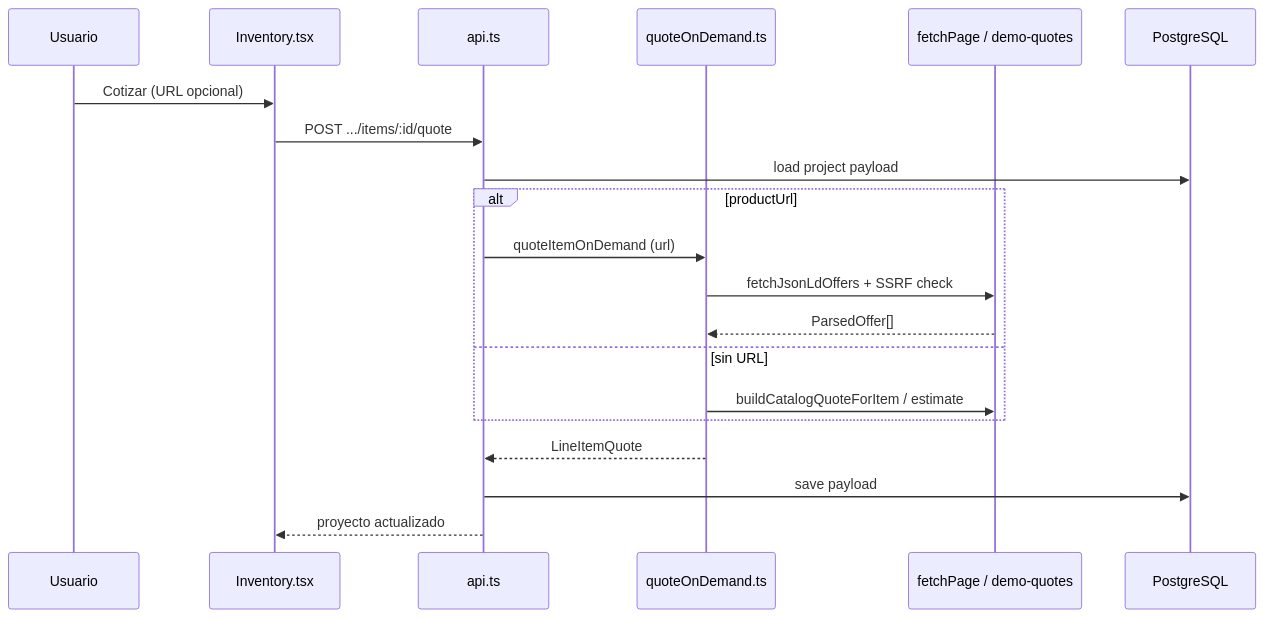
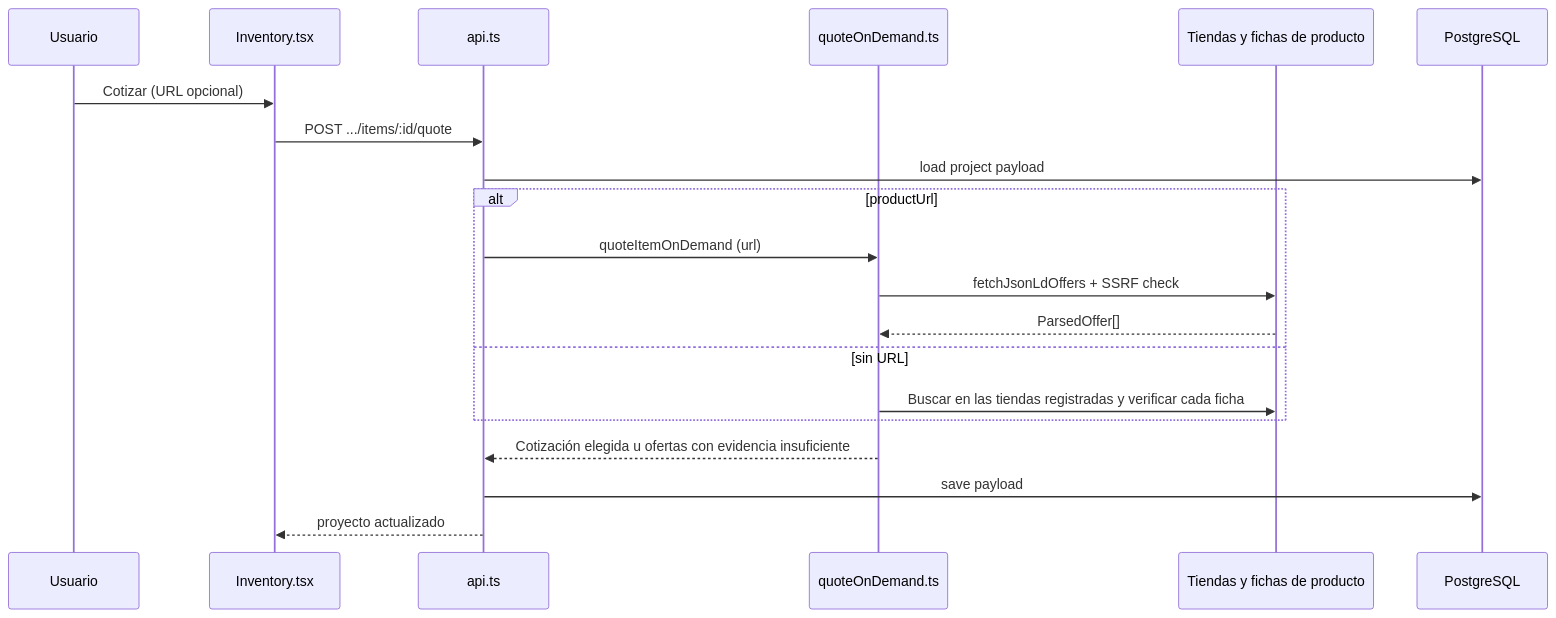
One commit to josalero/learning-with-me changed the second of 6 diagrams in apartamento/docs/sequences.md. Above: the diagram before and after it, drawn with Mermaid. The commit also changed 51 other files, not shown here.

````diff
--- a/apartamento/docs/sequences.md
+++ b/apartamento/docs/sequences.md
@@ -33,23 +33,23 @@
 ```mermaid
 sequenceDiagram
   participant U as Usuario
   participant Inv as Inventory.tsx
   participant API as api.ts
   participant Q as quoteOnDemand.ts
-  participant S as fetchPage / demo-quotes
+  participant S as Tiendas y fichas de producto
   participant DB as PostgreSQL
 
   U->>Inv: Cotizar (URL opcional)
   Inv->>API: POST .../items/:id/quote
   API->>DB: load project payload
   alt productUrl
     API->>Q: quoteItemOnDemand (url)
     Q->>S: fetchJsonLdOffers + SSRF check
     S-->>Q: ParsedOffer[]
   else sin URL
-    Q->>S: buildCatalogQuoteForItem / estimate
+    Q->>S: Buscar en las tiendas registradas y verificar cada ficha
   end
-  Q-->>API: LineItemQuote
+  Q-->>API: Cotización elegida u ofertas con evidencia insuficiente
   API->>DB: save payload
   API-->>Inv: proyecto actualizado
 ```
````
